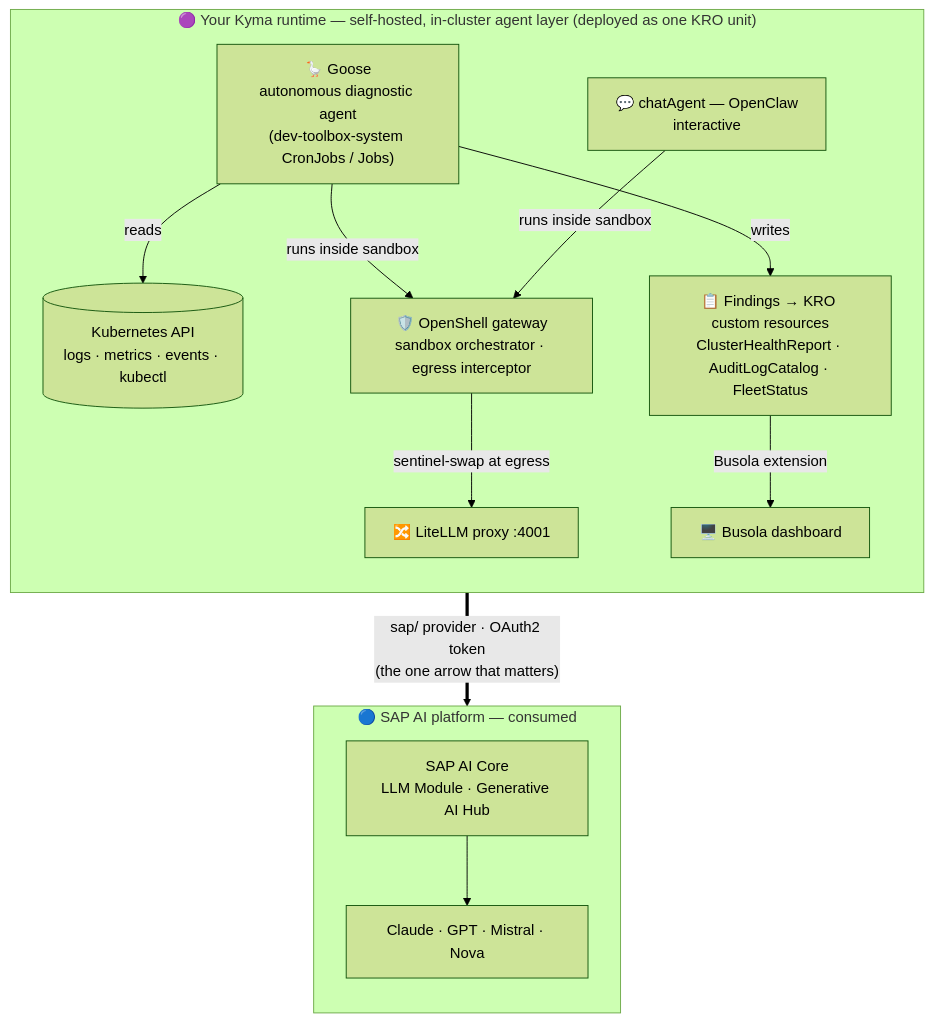
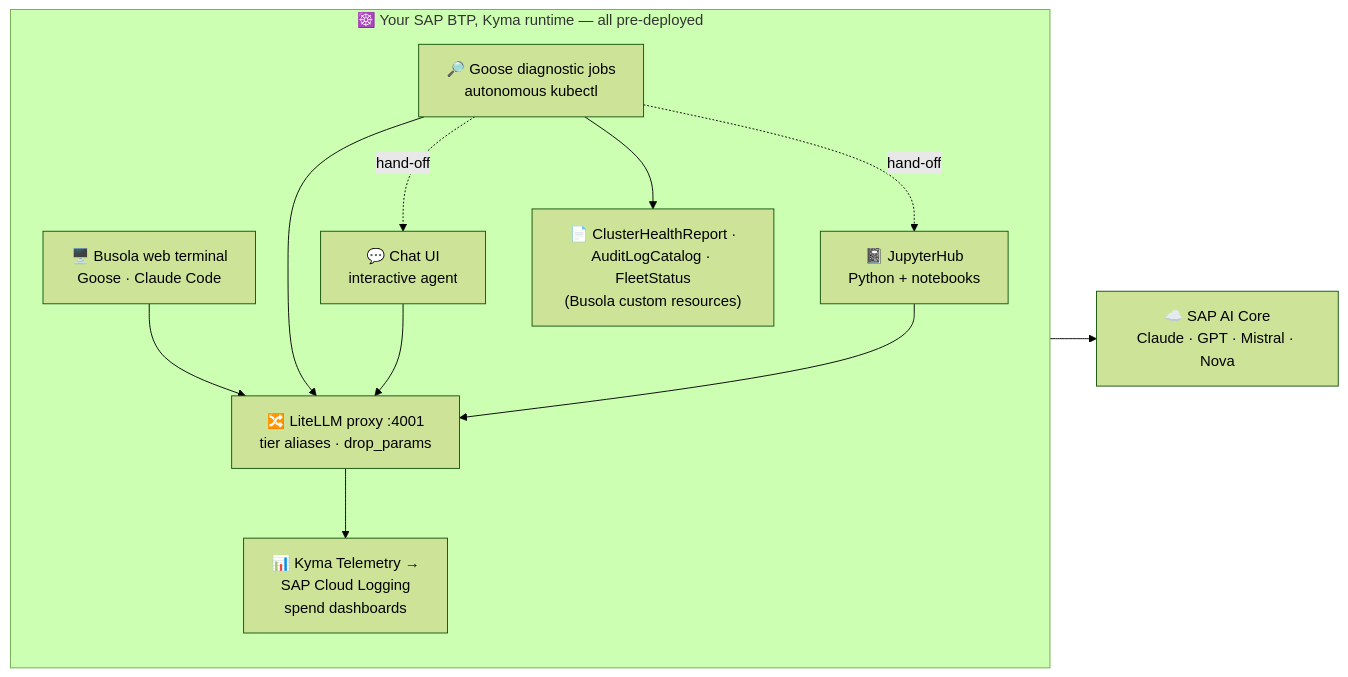
The first of 2 diagrams in exercises/ex0/README.md (SAP-samples/teched2026-XP266), drawn with Mermaid (forest theme) before and after one commit. The commit also changed other lines of this file, not shown here.

First line of the commit message:
docs(ex0.2): drop the stale duplicate OpenShell-flavoured mermaid

````diff
--- a/exercises/ex0/README.md
+++ b/exercises/ex0/README.md
@@ -77,26 +77,24 @@
 ```mermaid
-flowchart TB
-  subgraph kyma["🟣 Your Kyma runtime — self-hosted, in-cluster agent layer (deployed as one KRO unit)"]
+flowchart LR
+  subgraph KYMA["☸️ Your SAP BTP, Kyma runtime — all pre-deployed"]
     direction TB
-    goose["🪿 Goose<br/>autonomous diagnostic agent<br/>(dev-toolbox-system CronJobs / Jobs)"]
-    chat["💬 chatAgent — OpenClaw<br/>interactive"]
-    openshell["🛡️ OpenShell gateway<br/>sandbox orchestrator · egress interceptor"]
-    llm["🔀 LiteLLM proxy :4001"]
-    k8s[("Kubernetes API<br/>logs · metrics · events · kubectl")]
-    crs["📋 Findings → KRO custom resources<br/>ClusterHealthReport · AuditLogCatalog · FleetStatus"]
-    busola["🖥️ Busola dashboard"]
-    goose -->|reads| k8s
-    goose -->|"runs inside sandbox"| openshell
-    chat -->|"runs inside sandbox"| openshell
-    openshell -->|"sentinel-swap at egress"| llm
-    goose -->|writes| crs
-    crs -->|"Busola extension"| busola
+    TERM["🖥️ Busola web terminal<br/>Goose · Claude Code"]
+    GOOSE["🔎 Goose diagnostic jobs<br/>autonomous kubectl"]
+    OC["💬 Chat UI<br/>interactive agent"]
+    JH["📓 JupyterHub<br/>Python + notebooks"]
+    LITELLM["🔀 LiteLLM proxy :4001<br/>tier aliases · drop_params"]
+    CHR["📄 ClusterHealthReport ·<br/>AuditLogCatalog · FleetStatus<br/>(Busola custom resources)"]
+    CLS["📊 Kyma Telemetry →<br/>SAP Cloud Logging<br/>spend dashboards"]
   end
-  subgraph sap["🔵 SAP AI platform — consumed"]
-    direction TB
-    aicore["SAP AI Core<br/>LLM Module · Generative AI Hub"]
-    models["Claude · GPT · Mistral · Nova"]
-    aicore --> models
-  end
-  llm ==>|"sap/ provider · OAuth2 token<br/>(the one arrow that matters)"| aicore
+  AICORE["☁️ SAP AI Core<br/>Claude · GPT · Mistral · Nova"]
+
+  TERM --> LITELLM
+  GOOSE --> LITELLM
+  OC --> LITELLM
+  JH --> LITELLM
+  LITELLM --> AICORE
+  GOOSE --> CHR
+  GOOSE -. hand-off .-> OC
+  GOOSE -. hand-off .-> JH
+  LITELLM --> CLS
 ```
````
